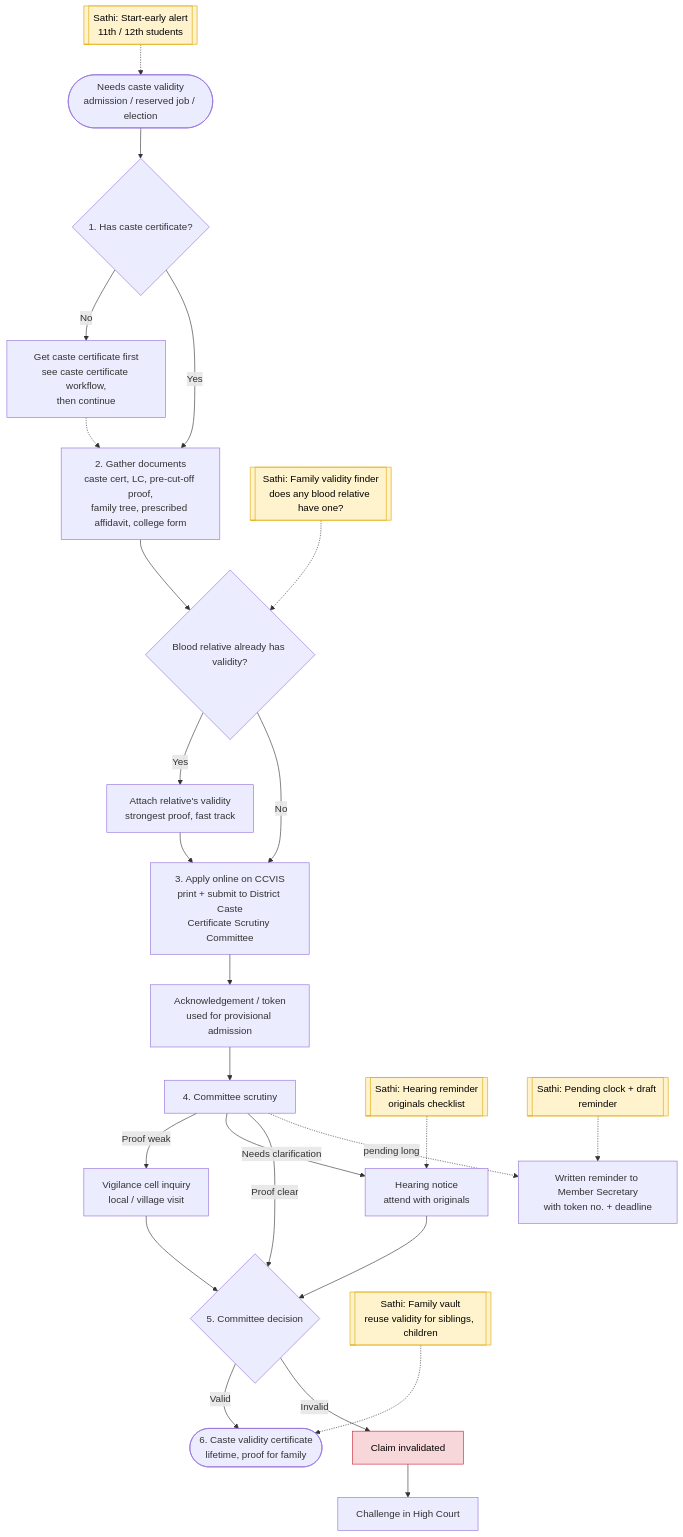
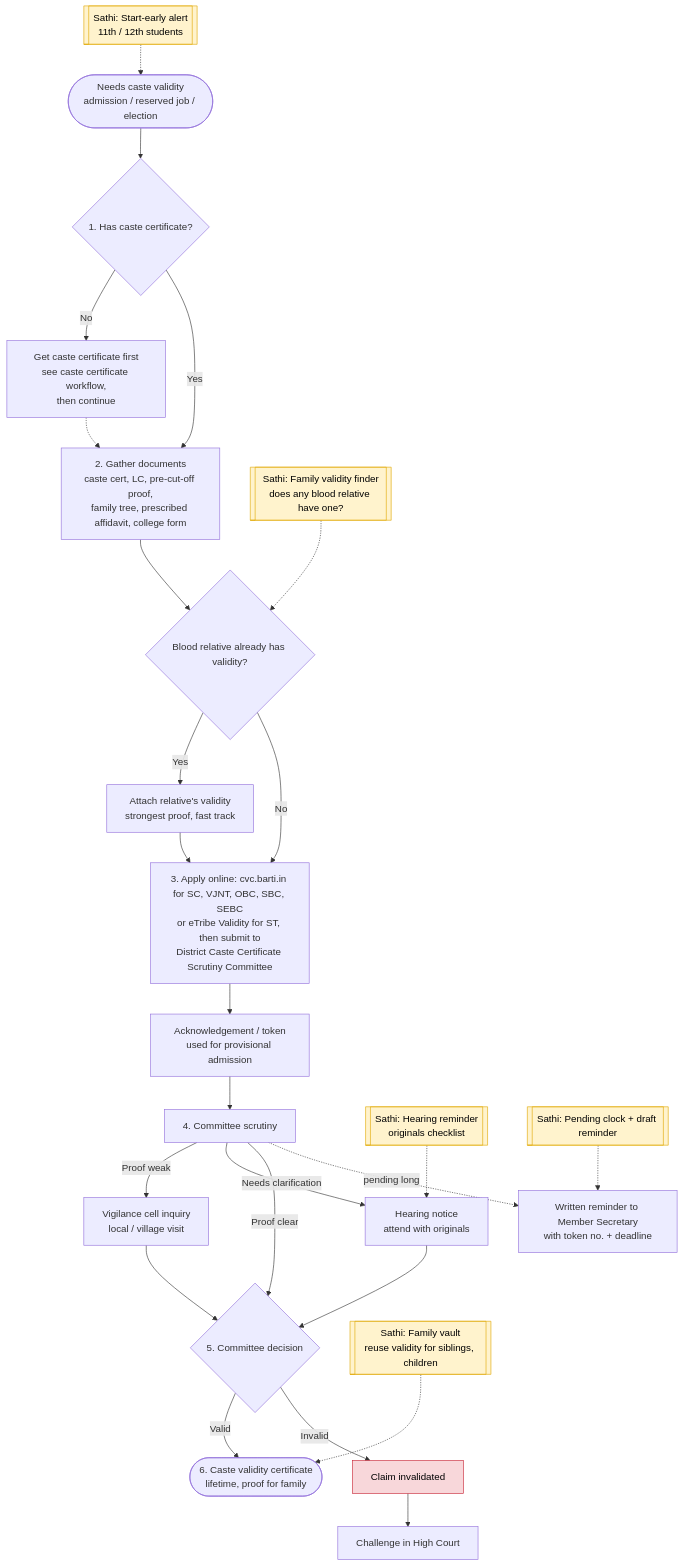
The diagram in docs/workflows/caste-validity.md (sanjeevk20/sarkariyojna), drawn with Mermaid before and after one commit. The commit also changed other lines of this file and 25 other files, not shown here.

First line of the commit message:
Verify batch 2 guides (caste, caste validity, NCL, ferfar) and apply corrections

````diff
--- a/docs/workflows/caste-validity.md
+++ b/docs/workflows/caste-validity.md
@@ -27,32 +27,32 @@
 ```mermaid
 flowchart TD
     A([Needs caste validity<br/>admission / reserved job / election]) --> CC{1. Has caste certificate?}
     CC -- No --> CG[Get caste certificate first<br/>see caste certificate workflow,<br/>then continue]
     CG -.-> C
     CC -- Yes --> C[2. Gather documents<br/>caste cert, LC, pre-cut-off proof,<br/>family tree, prescribed affidavit, college form]
     C --> BR{Blood relative already has validity?}
     BR -- Yes --> BRY[Attach relative's validity<br/>strongest proof, fast track]
     BR -- No --> D
-    BRY --> D[3. Apply online on CCVIS<br/>print + submit to District Caste<br/>Certificate Scrutiny Committee]
+    BRY --> D[3. Apply online: cvc.barti.in for SC, VJNT, OBC, SBC, SEBC<br/>or eTribe Validity for ST, then submit to<br/>District Caste Certificate Scrutiny Committee]
     D --> K[Acknowledgement / token<br/>used for provisional admission]
     K --> E[4. Committee scrutiny]
     E -- Proof weak --> V[Vigilance cell inquiry<br/>local / village visit]
     E -- Needs clarification --> HN[Hearing notice<br/>attend with originals]
     V --> DEC
     HN --> DEC
     E -- Proof clear --> DEC{5. Committee decision}
     DEC -- Valid --> I([6. Caste validity certificate<br/>lifetime, proof for family])
     DEC -- Invalid --> F1[Claim invalidated]
     F1 --> HC[Challenge in High Court]
     E -. pending long .-> T[Written reminder to Member Secretary<br/>with token no. + deadline]
 
     S1[[Sathi: Start-early alert<br/>11th / 12th students]]:::sathi -.-> A
     S2[[Sathi: Family validity finder<br/>does any blood relative have one?]]:::sathi -.-> BR
     S3[[Sathi: Hearing reminder<br/>originals checklist]]:::sathi -.-> HN
     S4[[Sathi: Pending clock + draft reminder]]:::sathi -.-> T
     S5[[Sathi: Family vault<br/>reuse validity for siblings, children]]:::sathi -.-> I
 
     classDef sathi fill:#FFF3CD,stroke:#E0A800,color:#000
     classDef blocked fill:#F8D7DA,stroke:#C82333,color:#000
     class F1 blocked
 ```
````
